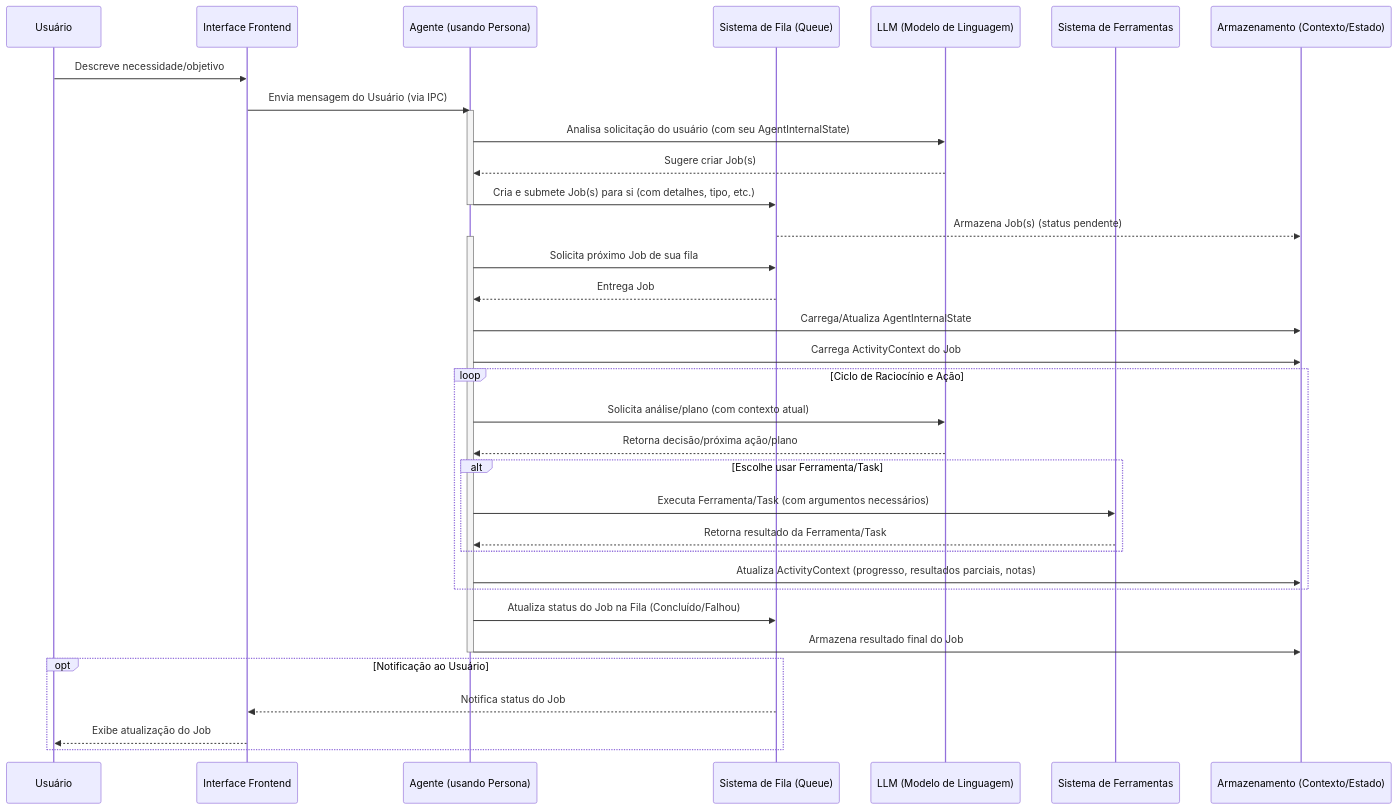
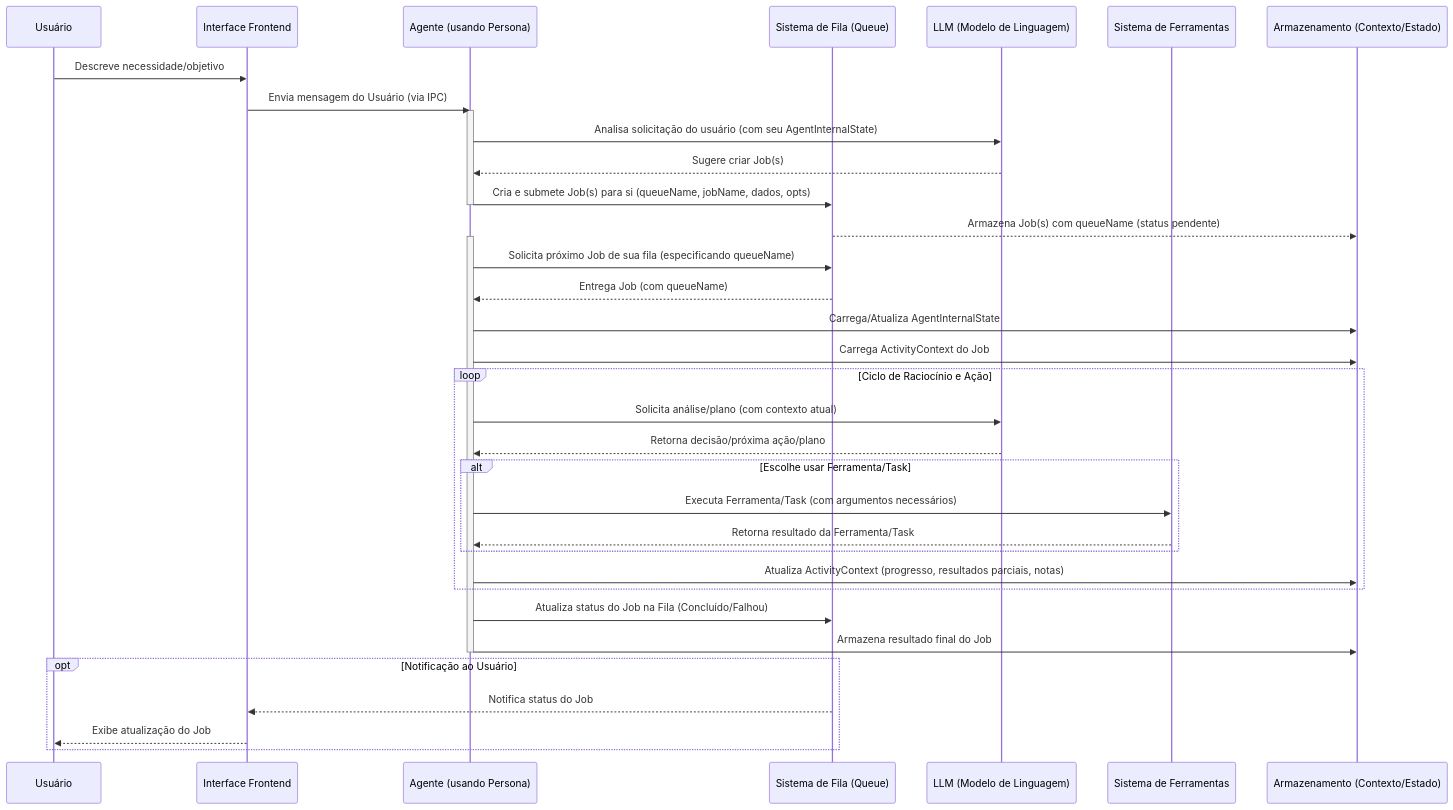
The first of 3 diagrams in docs/new_docs/briefing/02_diagramas_fluxo_atual.md (HD220/project-wiz), drawn with Mermaid before and after one commit. The commit also changed other lines of this file and 7 other files, not shown here.

````diff
--- a/docs/new_docs/briefing/02_diagramas_fluxo_atual.md
+++ b/docs/new_docs/briefing/02_diagramas_fluxo_atual.md
@@ -11,48 +11,48 @@
 ```mermaid
 sequenceDiagram
     participant Usuário
     participant Frontend as Interface Frontend
     participant AgentePersona as Agente (usando Persona)
     participant Fila as Sistema de Fila (Queue)
     participant LLM as LLM (Modelo de Linguagem)
     participant Ferramentas as Sistema de Ferramentas
     participant Dados as Armazenamento (Contexto/Estado)
 
     Usuário->>Frontend: Descreve necessidade/objetivo
     Frontend->>AgentePersona: Envia mensagem do Usuário (via IPC)
     activate AgentePersona
     AgentePersona->>LLM: Analisa solicitação do usuário (com seu AgentInternalState)
     LLM-->>AgentePersona: Sugere criar Job(s)
-    AgentePersona->>Fila: Cria e submete Job(s) para si (com detalhes, tipo, etc.)
+    AgentePersona->>Fila: Cria e submete Job(s) para si (queueName, jobName, dados, opts)
     deactivate AgentePersona
-    Fila-->>Dados: Armazena Job(s) (status pendente)
+    Fila-->>Dados: Armazena Job(s) com queueName (status pendente)
 
     %% Agente (Worker Loop) processando o Job
     activate AgentePersona
-    AgentePersona->>Fila: Solicita próximo Job de sua fila
-    Fila-->>AgentePersona: Entrega Job
+    AgentePersona->>Fila: Solicita próximo Job de sua fila (especificando queueName)
+    Fila-->>AgentePersona: Entrega Job (com queueName)
 
     AgentePersona->>Dados: Carrega/Atualiza AgentInternalState
     AgentePersona->>Dados: Carrega ActivityContext do Job
 
     loop Ciclo de Raciocínio e Ação
         AgentePersona->>LLM: Solicita análise/plano (com contexto atual)
         LLM-->>AgentePersona: Retorna decisão/próxima ação/plano
 
         alt Escolhe usar Ferramenta/Task
             AgentePersona->>Ferramentas: Executa Ferramenta/Task (com argumentos necessários)
             Ferramentas-->>AgentePersona: Retorna resultado da Ferramenta/Task
         end
 
         AgentePersona->>Dados: Atualiza ActivityContext (progresso, resultados parciais, notas)
     end
 
     AgentePersona->>Fila: Atualiza status do Job na Fila (Concluído/Falhou)
     AgentePersona->>Dados: Armazena resultado final do Job
     deactivate AgentePersona
 
     opt Notificação ao Usuário
         Fila-->>Frontend: Notifica status do Job
         Frontend-->>Usuário: Exibe atualização do Job
     end
 ```
````
